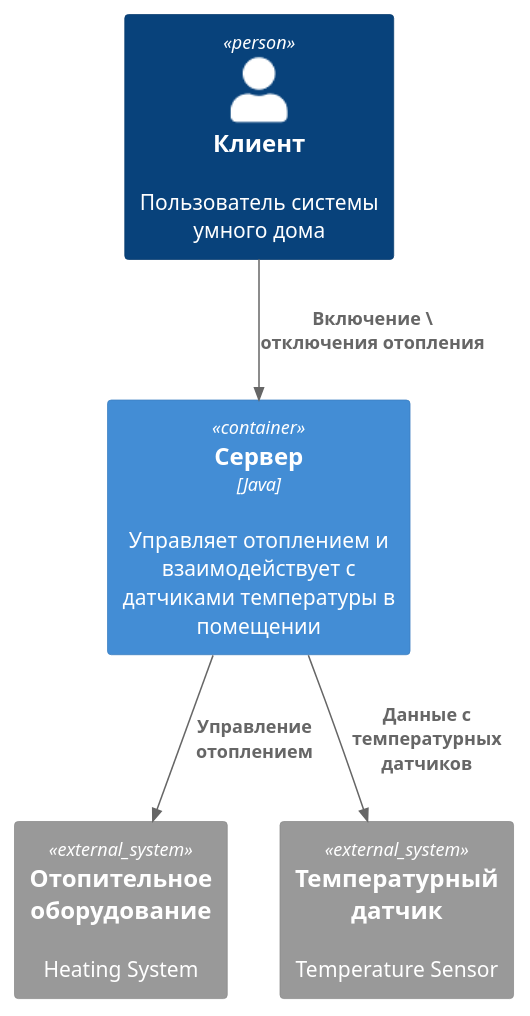
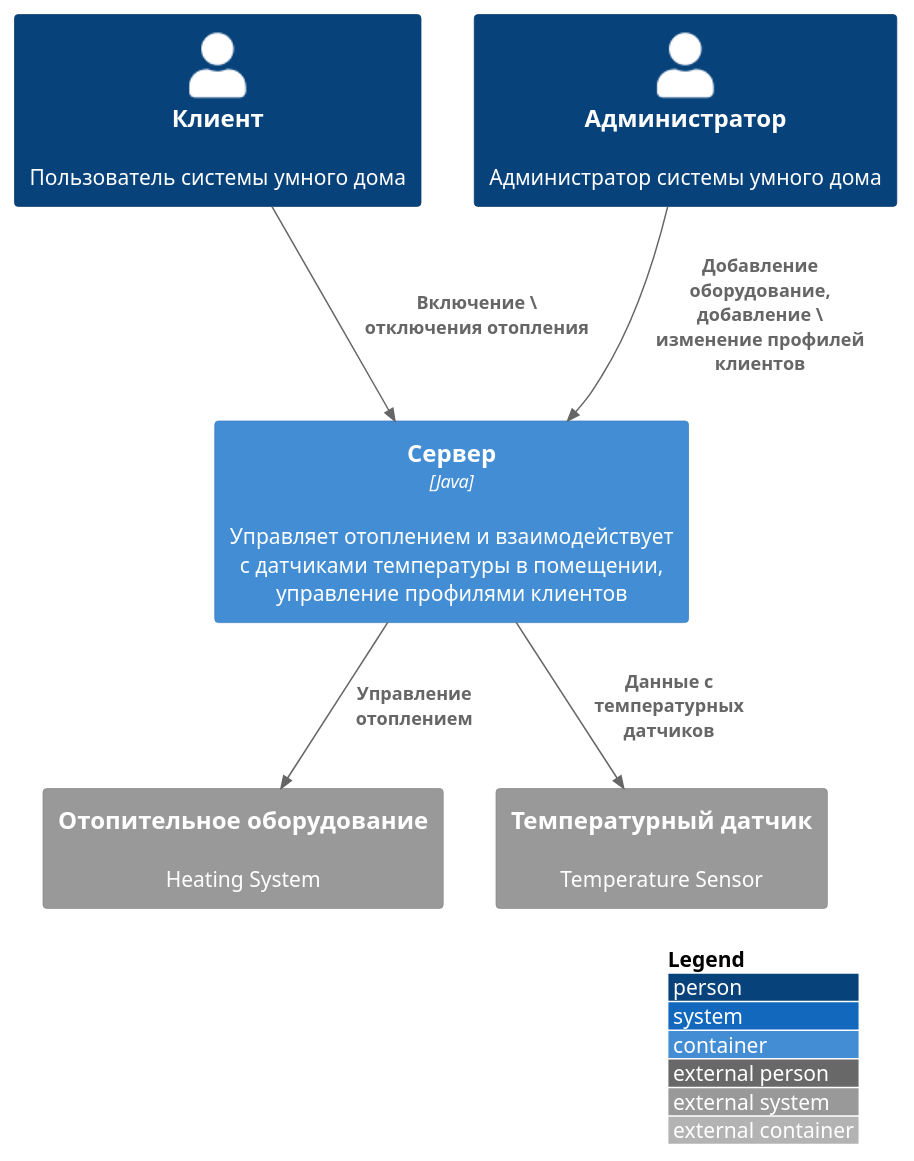
The diagram in docs/docs/context/context.puml (fireflysmk/architecture-sprint-3), drawn with PlantUML before and after one commit. The commit also changed 1 other file, not shown here.

Commit message:
Изменение в диаграммах контекста и контейнера

```diff
--- a/docs/docs/context/context.puml
+++ b/docs/docs/context/context.puml
@@ -1,14 +1,20 @@
 @startuml
 !include https://raw.githubusercontent.com/plantuml-stdlib/C4-PlantUML/master/C4_Container.puml
 
+skinparam wrapWidth 300
+LAYOUT_WITH_LEGEND()
+
 Person(user, "Клиент", "Пользователь системы умного дома")
-Container(server, "Сервер", "Java", "Управляет отоплением и взаимодействует с датчиками температуры в помещении")
+Person(admin, "Администратор", "Администратор системы умного дома")
+Container(server, "Сервер", "Java", "Управляет отоплением и взаимодействует с датчиками температуры в помещении, управление профилями клиентов")
 
 System_Ext(system, "Отопительное оборудование", "Heating System")
 System_Ext(sensor, "Температурный датчик", "Temperature Sensor")
 
 Rel(user, server, "Включение \ отключения отопления")
+Rel(admin, server, "Добавление оборудование, добавление \ изменение профилей клиентов")
+
 Rel(server, system, "Управление отоплением")
 Rel(server, sensor, "Данные с температурных датчиков")
 
 @enduml
```
